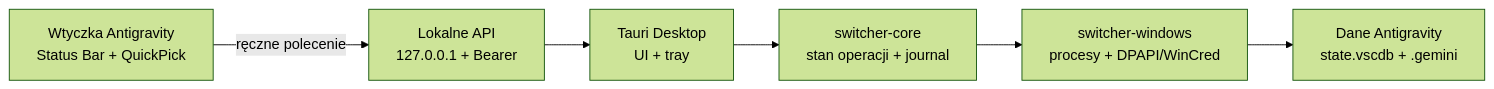
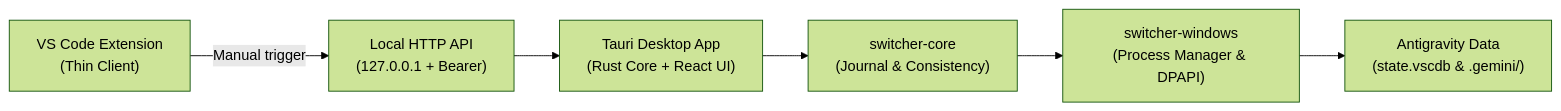
One commit to Ximeeek/Antigravity-Account-Switcher changed the diagram in README.md. Above: the diagram before and after it, drawn with Mermaid (forest theme). The commit also changed other lines of this file, not shown here.

````diff
--- a/README.md
+++ b/README.md
@@ -20,15 +39,15 @@
 ```mermaid
 flowchart LR
-    EXT["Wtyczka Antigravity\nStatus Bar + QuickPick"]
-    API["Lokalne API\n127.0.0.1 + Bearer"]
-    APP["Tauri Desktop\nUI + tray"]
-    CORE["switcher-core\nstan operacji + journal"]
-    WIN["switcher-windows\nprocesy + DPAPI/WinCred"]
-    DATA["Dane Antigravity\nstate.vscdb + .gemini"]
+    EXT["VS Code Extension\n(Thin Client)"]
+    API["Local HTTP API\n(127.0.0.1 + Bearer)"]
+    APP["Tauri Desktop App\n(Rust Core + React UI)"]
+    CORE["switcher-core\n(Journal & Consistency)"]
+    WIN["switcher-windows\n(Process Manager & DPAPI)"]
+    DATA["Antigravity Data\n(state.vscdb & .gemini/)"]
 
-    EXT -->|"ręczne polecenie"| API
+    EXT -->|"Manual trigger"| API
     API --> APP
     APP --> CORE
     CORE --> WIN
     WIN --> DATA
 ```
````
